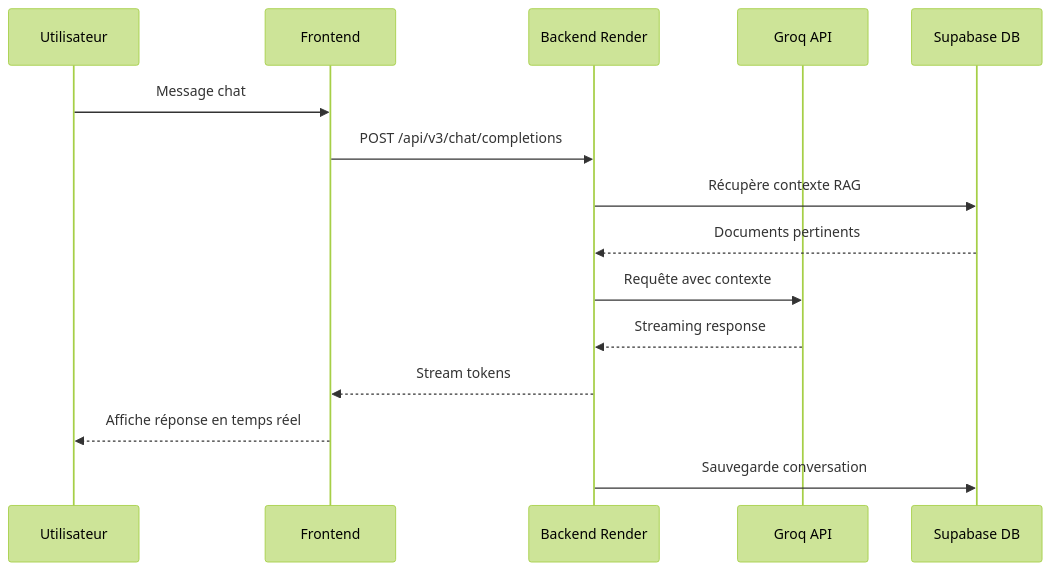
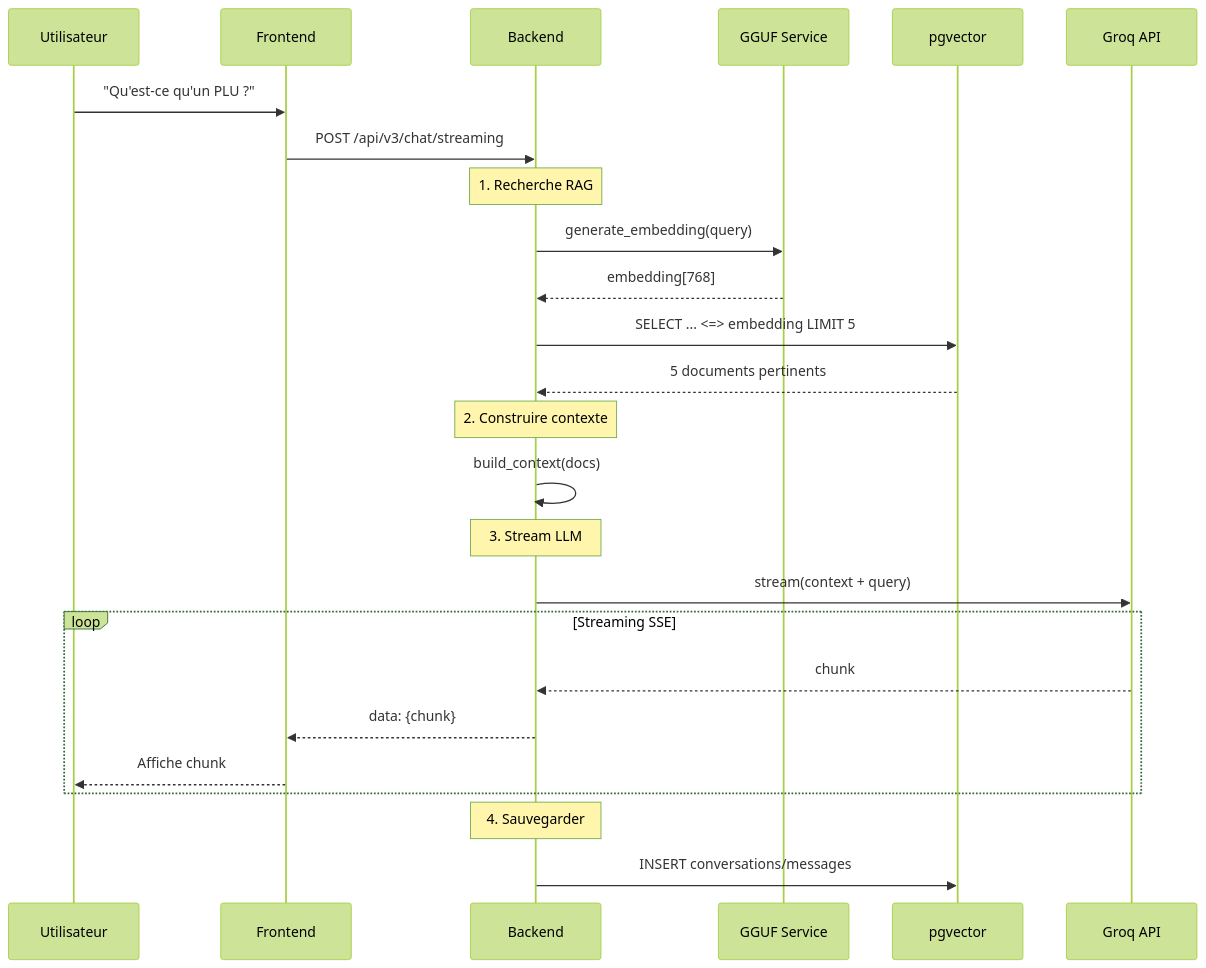
Before and after one commit to Volgine/Documentations-Projets-ArchiReg: the second of 6 diagrams in 01-ARCHITECTURE-GLOBALE.md, drawn with Mermaid (forest theme). The commit also changed other lines of this file and 58 other files, not shown here.

````diff
--- a/01-ARCHITECTURE-GLOBALE.md
+++ b/01-ARCHITECTURE-GLOBALE.md
@@ -124,18 +95,32 @@
 ```mermaid
 sequenceDiagram
     participant U as Utilisateur
-    participant F as Frontend
-    participant B as Backend Render
-    participant G as Groq API
-    participant DB as Supabase DB
+    participant FE as Frontend
+    participant BE as Backend
+    participant GGUF as GGUF Service
+    participant PG as pgvector
+    participant GROQ as Groq API
     
-    U->>F: Message chat
-    F->>B: POST /api/v3/chat/completions
-    B->>DB: Récupère contexte RAG
-    DB-->>B: Documents pertinents
-    B->>G: Requête avec contexte
-    G-->>B: Streaming response
-    B-->>F: Stream tokens
-    F-->>U: Affiche réponse en temps réel
-    B->>DB: Sauvegarde conversation
+    U->>FE: "Qu'est-ce qu'un PLU ?"
+    FE->>BE: POST /api/v3/chat/streaming
+    
+    Note over BE: 1. Recherche RAG
+    BE->>GGUF: generate_embedding(query)
+    GGUF-->>BE: embedding[768]
+    BE->>PG: SELECT ... <=> embedding LIMIT 5
+    PG-->>BE: 5 documents pertinents
+    
+    Note over BE: 2. Construire contexte
+    BE->>BE: build_context(docs)
+    
+    Note over BE: 3. Stream LLM
+    BE->>GROQ: stream(context + query)
+    loop Streaming SSE
+        GROQ-->>BE: chunk
+        BE-->>FE: data: {chunk}
+        FE-->>U: Affiche chunk
+    end
+    
+    Note over BE: 4. Sauvegarder
+    BE->>PG: INSERT conversations/messages
 ```
````
